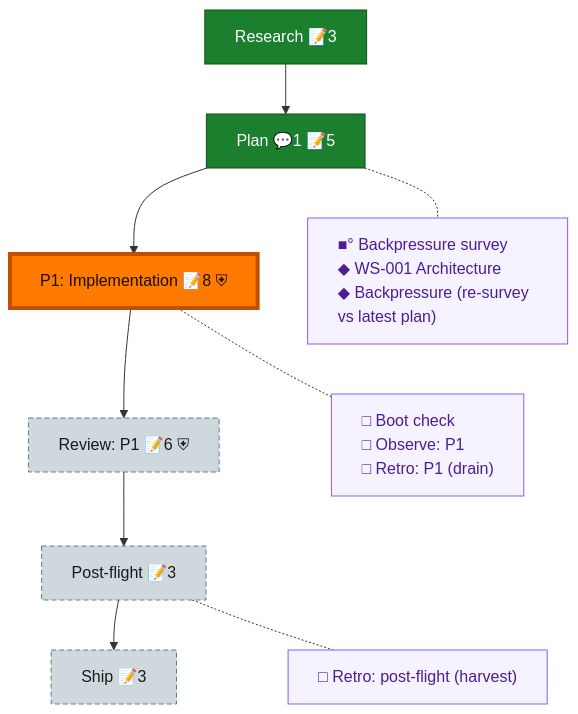
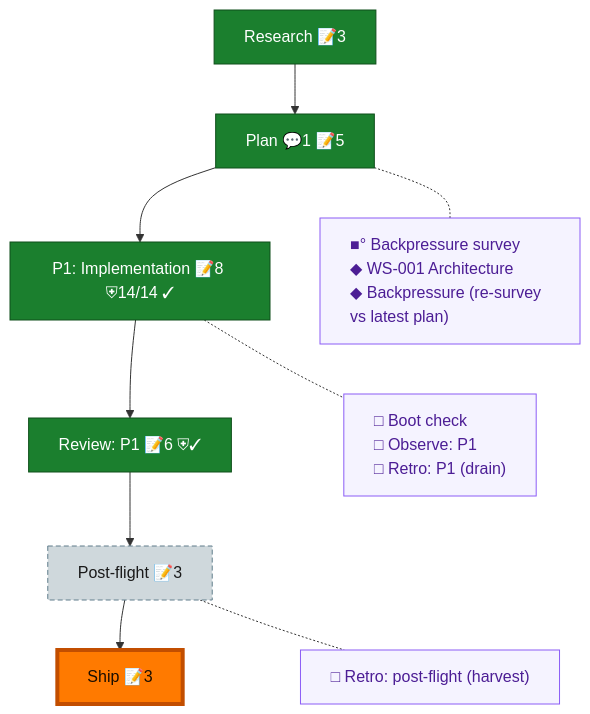
The diagram in docs/plans/001-fs3-foundations/the-flow.md (AI-Substrate/flowspace3), drawn with Mermaid before and after one commit. The commit also changed other lines of this file and 8 other files, not shown here.

Commit message:
plan 001 phase exit: tasks/done-when/ACs/backpressure rows checked; flow nav review-1 done, ship reached

````diff
--- a/docs/plans/001-fs3-foundations/the-flow.md
+++ b/docs/plans/001-fs3-foundations/the-flow.md
@@ -8,30 +8,29 @@
 ```mermaid
 flowchart TD
     research["Research 📝3"]:::done
     plan["Plan 💬1 📝5"]:::done
-    phase_1["P1: Implementation 📝8 ⛨"]:::wip
-    review_1["Review: P1 📝6 ⛨"]:::assumed
+    phase_1["P1: Implementation 📝8 ⛨14/14 ✓"]:::done
+    review_1["Review: P1 📝6 ⛨✓"]:::done
     post_flight["Post-flight 📝3"]:::assumed
-    ship["Ship 📝3"]:::assumed
+    ship["Ship 📝3"]:::done
 
     research --> plan --> phase_1 --> review_1 --> post_flight --> ship
 
     planC["■° Backpressure survey<br/>◆ WS-001 Architecture<br/>◆ Backpressure (re-survey vs latest plan)"]:::chore
     phase_1C["□ Boot check<br/>□ Observe: P1<br/>□ Retro: P1 (drain)"]:::chore
     post_flightC["□ Retro: post-flight (harvest)"]:::chore
 
     %% invisible chain holds the gutter boxes in their own column
     planC ~~~ phase_1C ~~~ post_flightC
 
     %% dotted links pull each gutter box beside its node
     plan -.- planC
     phase_1 -.- phase_1C
     post_flight -.- post_flightC
 
     classDef done fill:#1B7F2E,stroke:#0F4F1B,color:#fff;
-    classDef wip fill:#43C04A,stroke:#1B7F2E,color:#04210A;
     classDef assumed fill:#CFD8DC,stroke:#607D8B,color:#1a1a1a,stroke-dasharray:5 3;
     classDef chore fill:#f5f3ff,stroke:#8b5cf6,color:#4c1d95,text-align:left;
     classDef current fill:#FF7A00,stroke:#C24E00,color:#1a0e00,stroke-width:4px;
-    class phase_1 current;
+    class ship current;
 ```
````
